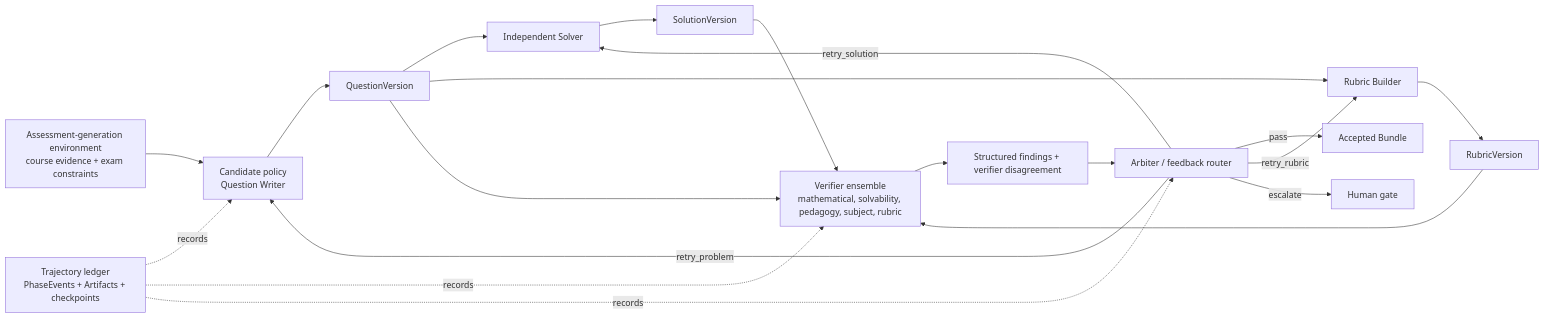
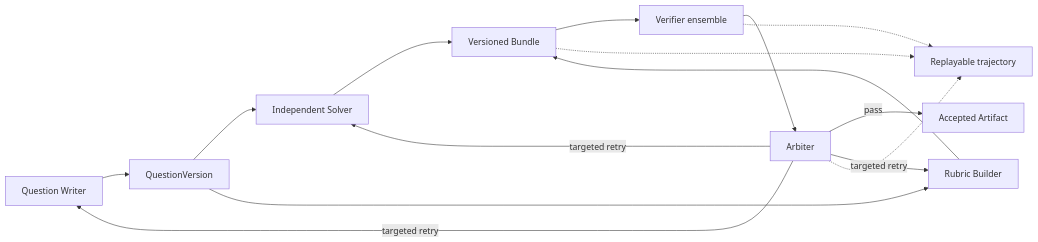
The diagram in README.en.md (kyc001/assessment-workbench), drawn with Mermaid before and after one commit. The commit also changed other lines of this file and 6 other files, not shown here.

````diff
--- a/README.en.md
+++ b/README.en.md
@@ -20,23 +27,17 @@
 ```mermaid
 flowchart LR
-    Env["Assessment-generation environment\ncourse evidence + exam constraints"] --> Policy["Candidate policy\nQuestion Writer"]
-    Policy --> Candidate["QuestionVersion"]
-    Candidate --> Solver["Independent Solver"]
-    Candidate --> Rubric["Rubric Builder"]
-    Candidate --> Reviewers["Verifier ensemble\nmathematical, solvability, pedagogy, subject, rubric"]
-    Solver --> Evidence["SolutionVersion"]
-    Rubric --> Contract["RubricVersion"]
-    Evidence --> Reviewers
-    Contract --> Reviewers
-    Reviewers --> Disagreement["Structured findings + verifier disagreement"]
-    Disagreement --> Arbiter["Arbiter / feedback router"]
-    Arbiter -->|"pass"| Accepted["Accepted Bundle"]
-    Arbiter -->|"retry_problem"| Policy
-    Arbiter -->|"retry_solution"| Solver
-    Arbiter -->|"retry_rubric"| Rubric
-    Arbiter -->|"escalate"| Human["Human gate"]
-
-    Ledger["Trajectory ledger\nPhaseEvents + Artifacts + checkpoints"] -. records .-> Policy
-    Ledger -. records .-> Reviewers
-    Ledger -. records .-> Arbiter
+    Writer["Question Writer"] --> Question["QuestionVersion"]
+    Question --> Solver["Independent Solver"]
+    Question --> Rubric["Rubric Builder"]
+    Solver --> Bundle["Versioned Bundle"]
+    Rubric --> Bundle
+    Bundle --> Reviewers["Verifier ensemble"]
+    Reviewers --> Arbiter["Arbiter"]
+    Arbiter -->|pass| Accepted["Accepted Artifact"]
+    Arbiter -->|targeted retry| Writer
+    Arbiter -->|targeted retry| Solver
+    Arbiter -->|targeted retry| Rubric
+    Bundle -.-> Ledger["Replayable trajectory"]
+    Reviewers -.-> Ledger
+    Arbiter -.-> Ledger
 ```
````
